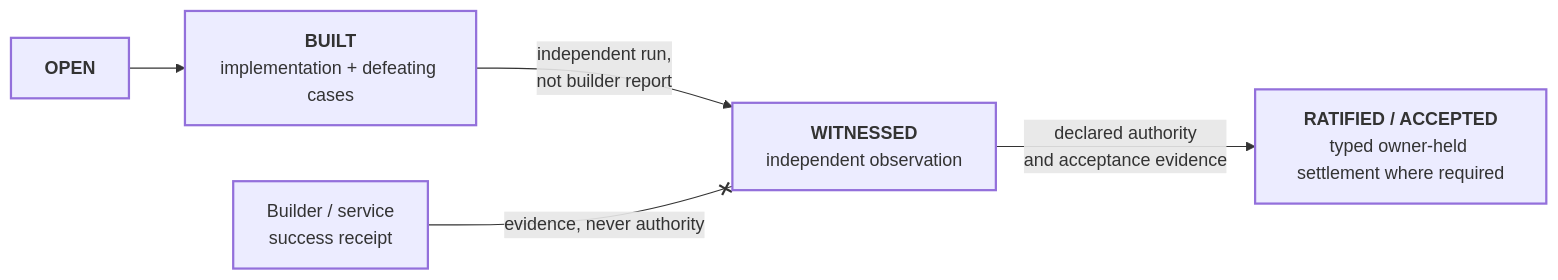
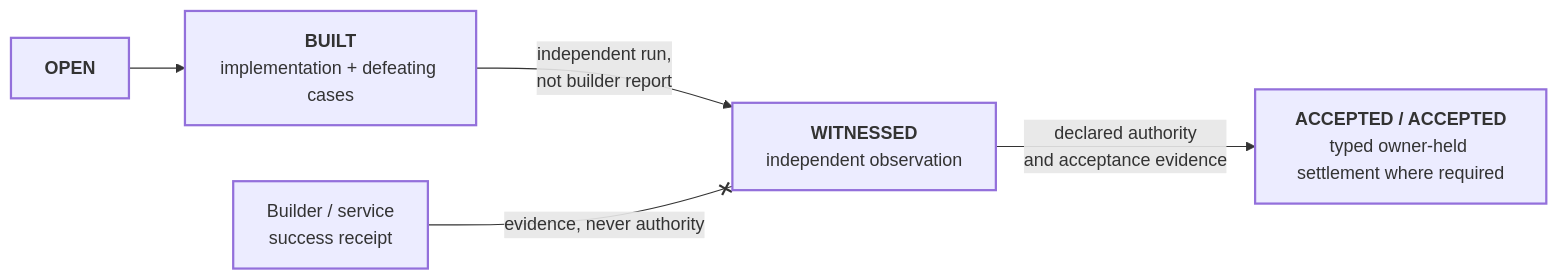
One commit to bdf1992/Soveraeign changed the diagram in diagrams/requirement-lifecycle.md. Above: the diagram before and after it, drawn with Mermaid. The commit also changed other lines of this file and 464 other files, not shown here.

````diff
--- a/diagrams/requirement-lifecycle.md
+++ b/diagrams/requirement-lifecycle.md
@@ -12,18 +12,18 @@
 ```mermaid
 flowchart LR
     O["<b>OPEN</b>"]
     B["<b>BUILT</b><br/>implementation + defeating cases"]
     W["<b>WITNESSED</b><br/>independent observation"]
-    R["<b>RATIFIED / ACCEPTED</b><br/>typed owner-held settlement where required"]
+    R["<b>ACCEPTED / ACCEPTED</b><br/>typed owner-held settlement where required"]
 
     O --> B
     B -- "independent run,<br/>not builder report" --> W
     W -- "declared authority<br/>and acceptance evidence" --> R
 
     SELF["Builder / service<br/>success receipt"]
     SELF -- "evidence, never authority" --x W
 
     classDef pen stroke-width:2px
     classDef pencil stroke-dasharray:5 4,stroke-width:1px
     class O,B,W,R,SELF pen
 ```
````
